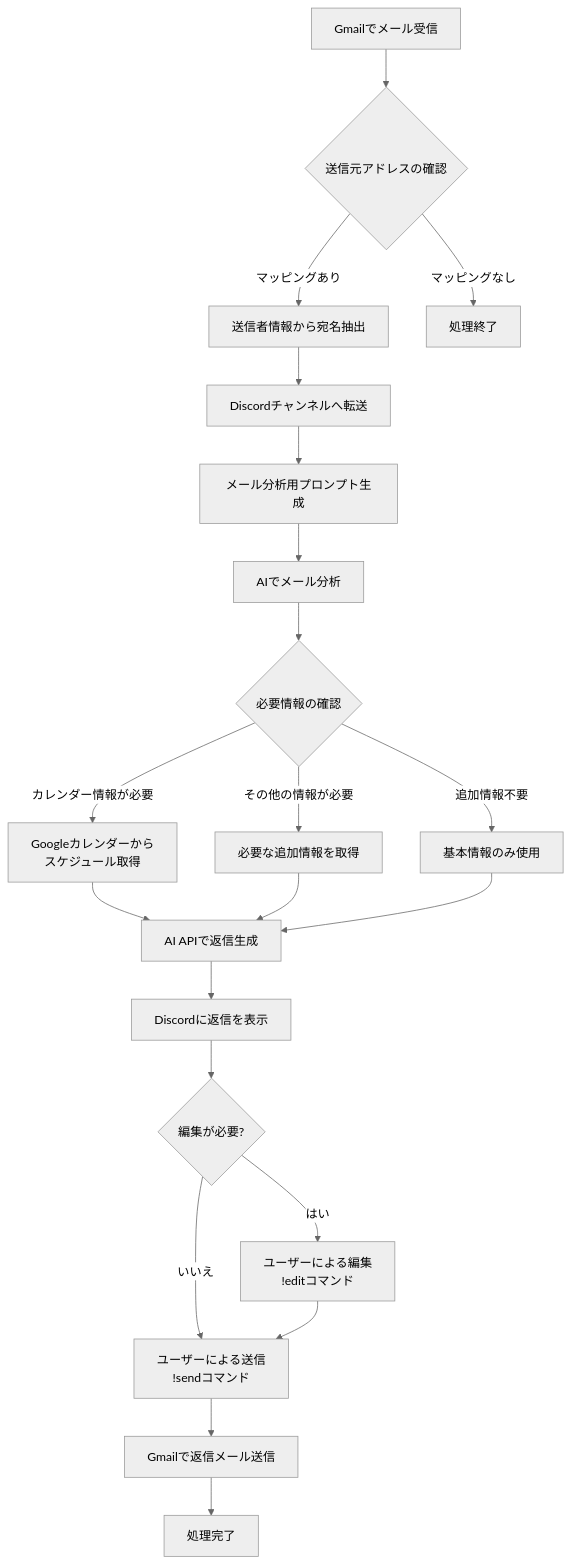
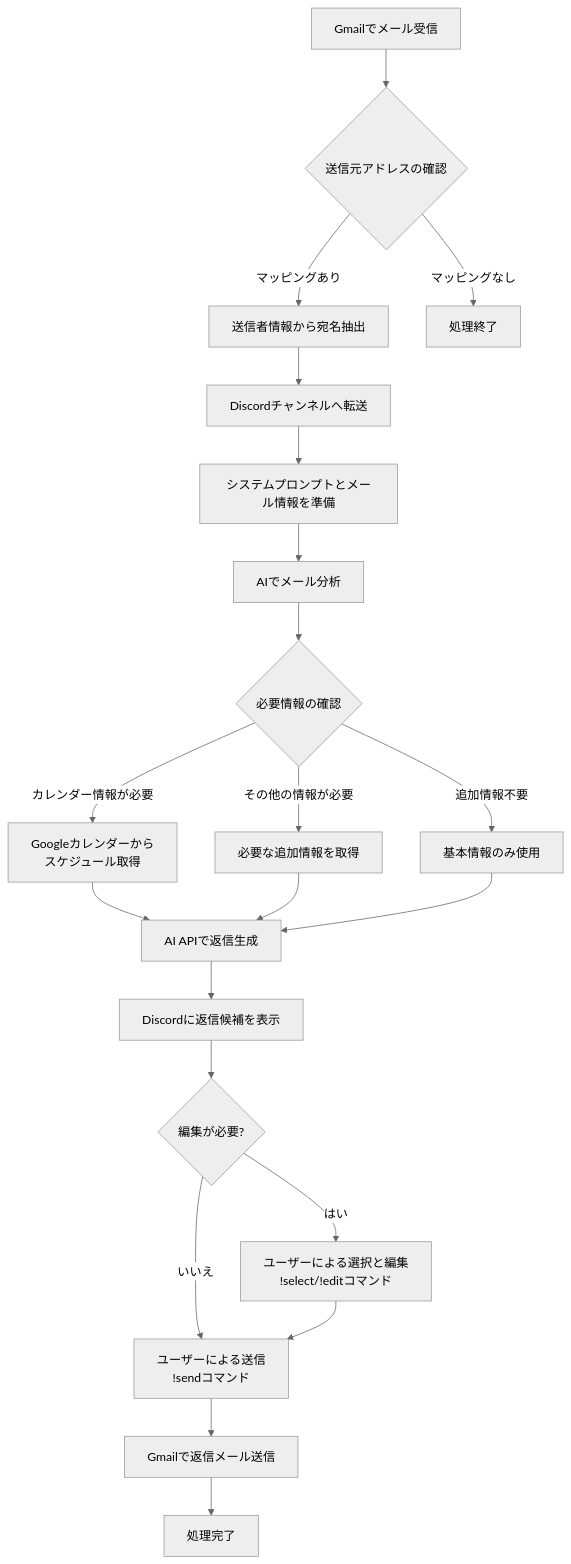
Before and after one commit to YUiCHI-Ai/gmail-discord-ai-responder: the diagram in README.md, drawn with Mermaid (neutral theme). The commit also changed other lines of this file and 9 other files, not shown here.

````diff
--- a/README.md
+++ b/README.md
@@ -299,23 +300,23 @@
 ```mermaid
 flowchart TD
     A[Gmailでメール受信] --> B{送信元アドレスの確認}
     B -->|マッピングあり| C[送信者情報から宛名抽出]
     B -->|マッピングなし| Z[処理終了]
     C --> D[Discordチャンネルへ転送]
-    D --> E[メール分析用プロンプト生成]
+    D --> E[システムプロンプトとメール情報を準備]
     E --> F[AIでメール分析]
     F --> G{必要情報の確認}
     G -->|カレンダー情報が必要| H[Googleカレンダーから\nスケジュール取得]
     G -->|その他の情報が必要| I[必要な追加情報を取得]
     G -->|追加情報不要| J[基本情報のみ使用]
     H --> K[AI APIで返信生成]
     I --> K
     J --> K
-    K --> L[Discordに返信を表示]
+    K --> L[Discordに返信候補を表示]
     L --> M{編集が必要?}
-    M -->|はい| N[ユーザーによる編集\n!editコマンド]
+    M -->|はい| N[ユーザーによる選択と編集\n!select/!editコマンド]
     M -->|いいえ| O[ユーザーによる送信\n!sendコマンド]
     N --> O
     O --> P[Gmailで返信メール送信]
     P --> Q[処理完了]
 ```
````
